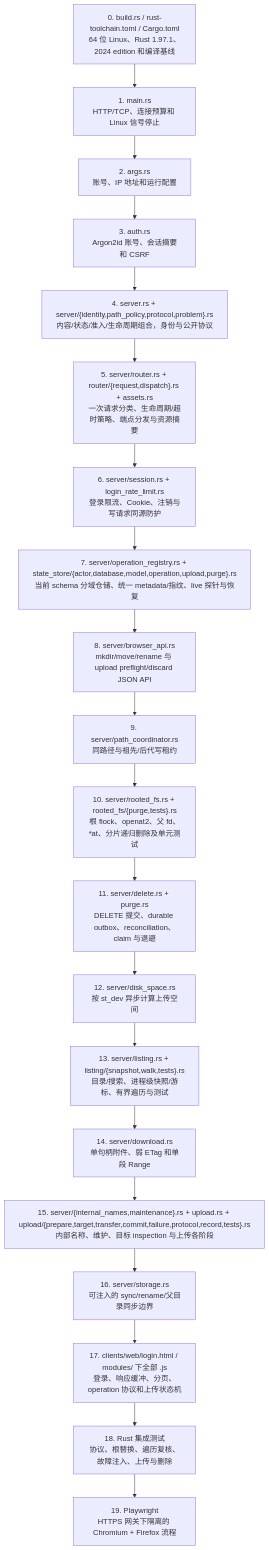
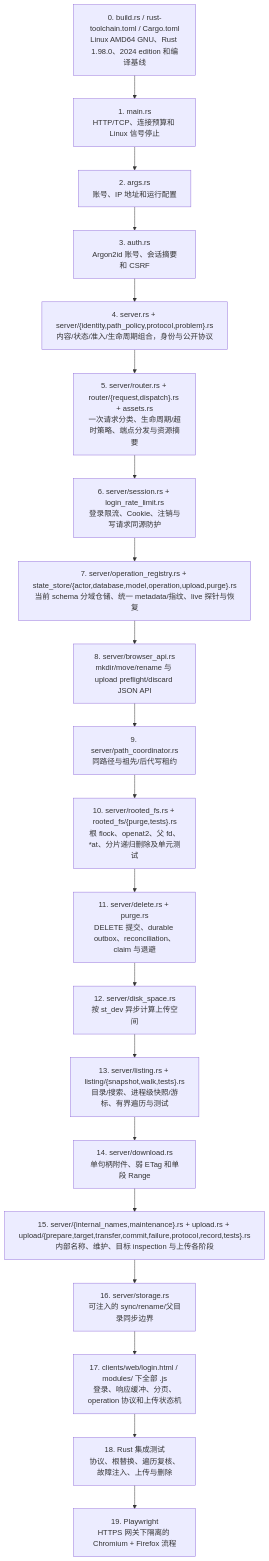
One commit to isarmg/dufs-ram changed diagram 21 of 22 in docs/project-workflow.md. Above: the diagram before and after it, drawn with Mermaid. The commit also changed other lines of this file and 17 other files, not shown here.

````diff
--- a/docs/project-workflow.md
+++ b/docs/project-workflow.md
@@ -966,22 +973,22 @@
 ```mermaid
 flowchart TD
-    T["0. build.rs / rust-toolchain.toml / Cargo.toml<br/>64 位 Linux、Rust 1.97.1、2024 edition 和编译基线"] --> A["1. main.rs<br/>HTTP/TCP、连接预算和 Linux 信号停止"]
+    T["0. build.rs / rust-toolchain.toml / Cargo.toml<br/>Linux AMD64 GNU、Rust 1.98.0、2024 edition 和编译基线"] --> A["1. main.rs<br/>HTTP/TCP、连接预算和 Linux 信号停止"]
     A --> B["2. args.rs<br/>账号、IP 地址和运行配置"]
     B --> C["3. auth.rs<br/>Argon2id 账号、会话摘要和 CSRF"]
     C --> D["4. server.rs + server/{identity,path_policy,protocol,problem}.rs<br/>内容/状态/准入/生命周期组合，身份与公开协议"]
     D --> R["5. server/router.rs + router/{request,dispatch}.rs + assets.rs<br/>一次请求分类、生命周期/超时策略、端点分发与资源摘要"]
     R --> G["6. server/session.rs + login_rate_limit.rs<br/>登录限流、Cookie、注销与写请求同源防护"]
     G --> OP["7. server/operation_registry.rs + state_store/{actor,database,model,operation,upload,purge}.rs<br/>当前 schema 分域仓储、统一 metadata/指纹、live 探针与恢复"]
     OP --> H["8. server/browser_api.rs<br/>mkdir/move/rename 与 upload preflight/discard JSON API"]
     H --> E["9. server/path_coordinator.rs<br/>同路径与祖先/后代写租约"]
     E --> F["10. server/rooted_fs.rs + rooted_fs/{purge,tests}.rs<br/>根 flock、openat2、父 fd、*at、分片递归删除及单元测试"]
     F --> P["11. server/delete.rs + purge.rs<br/>DELETE 提交、durable outbox、reconciliation、claim 与退避"]
     P --> DS["12. server/disk_space.rs<br/>按 st_dev 异步计算上传空间"]
     DS --> I["13. server/listing.rs + listing/{snapshot,walk,tests}.rs<br/>目录/搜索、进程级快照/游标、有界遍历与测试"]
     I --> J["14. server/download.rs<br/>单句柄附件、弱 ETag 和单段 Range"]
     J --> K["15. server/{internal_names,maintenance}.rs + upload.rs + upload/{prepare,target,transfer,commit,failure,protocol,record,tests}.rs<br/>内部名称、维护、目标 inspection 与上传各阶段"]
     K --> L["16. server/storage.rs<br/>可注入的 sync/rename/父目录同步边界"]
     L --> M["17. clients/web/login.html / modules/ 下全部 .js<br/>登录、响应缓冲、分页、operation 协议和上传状态机"]
     M --> N["18. Rust 集成测试<br/>协议、根替换、遍历复核、故障注入、上传与删除"]
     N --> O["19. Playwright<br/>HTTPS 网关下隔离的 Chromium + Firefox 流程"]
 ```
````
